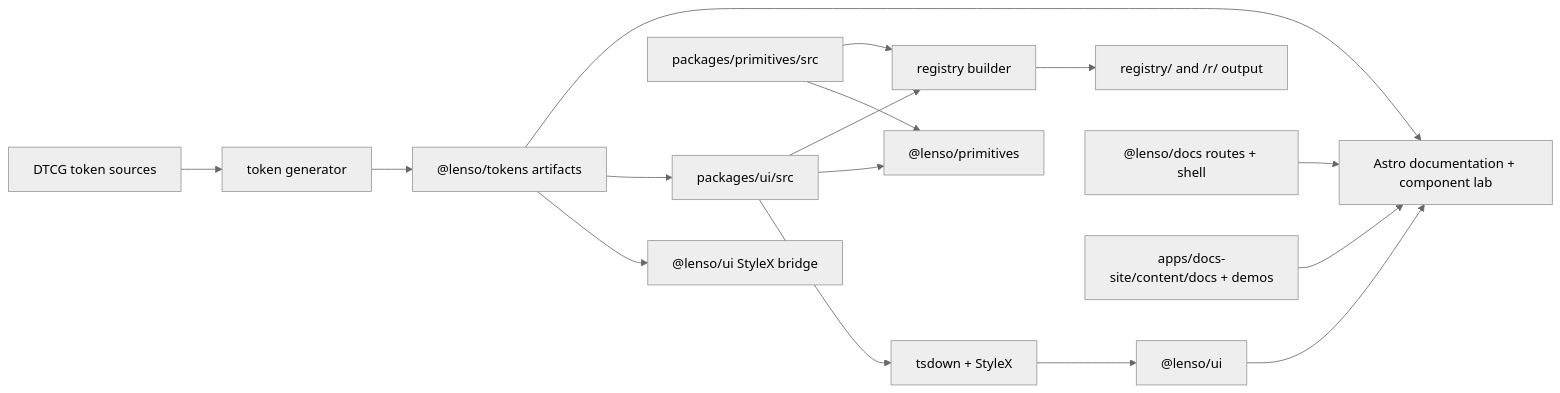
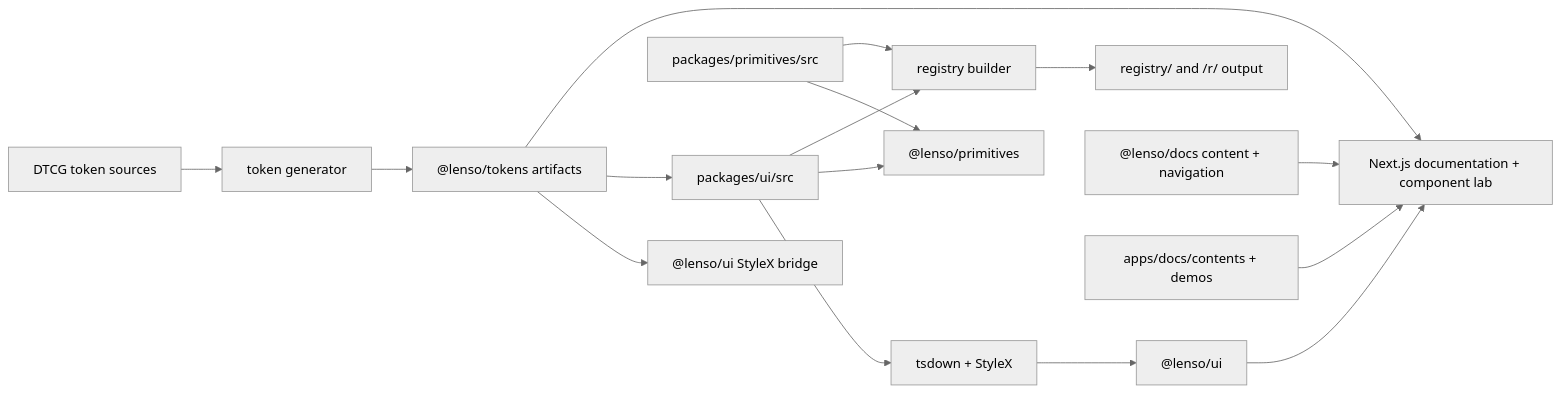
The diagram in docs/architecture.md (LioRael/lenso-ui), drawn with Mermaid (neutral theme) before and after one commit. The commit also changed other lines of this file and 447 other files, not shown here.

Commit message:
refactor(docs): make Next.js the public documentation site

````diff
--- a/docs/architecture.md
+++ b/docs/architecture.md
@@ -7,18 +7,18 @@
 ```mermaid
 flowchart LR
   tokenSource["DTCG token sources"] --> tokenGenerator["token generator"]
   tokenGenerator --> tokenArtifacts["@lenso/tokens artifacts"]
   tokenArtifacts --> uiStyles["@lenso/ui StyleX bridge"]
   primitiveSource["packages/primitives/src"] --> primitivePackage["@lenso/primitives"]
   uiSource["packages/ui/src"] --> uiBuild["tsdown + StyleX"]
   uiSource --> primitivePackage
   tokenArtifacts --> uiSource
   uiBuild --> uiPackage["@lenso/ui"]
   uiSource --> registryBuilder["registry builder"]
   primitiveSource --> registryBuilder
   registryBuilder --> registryOutput["registry/ and /r/ output"]
-  docsFramework["@lenso/docs routes + shell"] --> docsApp["Astro documentation + component lab"]
-  docsSource["apps/docs-site/content/docs + demos"] --> docsApp
+  docsFramework["@lenso/docs content + navigation"] --> docsApp["Next.js documentation + component lab"]
+  docsSource["apps/docs/contents + demos"] --> docsApp
   uiPackage --> docsApp
   tokenArtifacts --> docsApp
 ```
````
